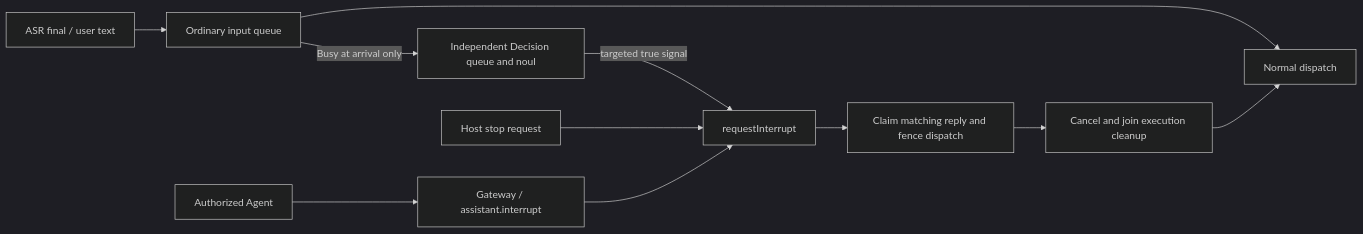
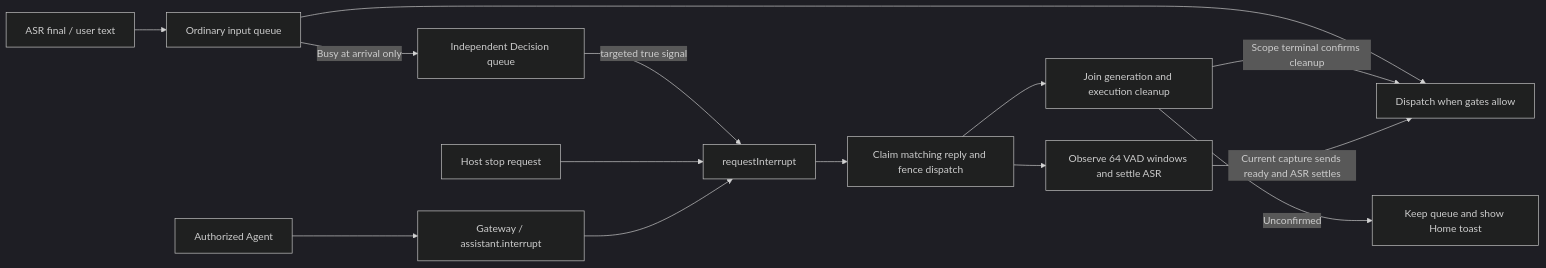
Before and after one commit to devilyouwei/MobileHarness: the third of 3 diagrams in MobileHarness/Agents/Assistant/README.md, drawn with Mermaid (dark theme). The commit also changed other lines of this file and 201 other files, not shown here.

````diff
--- a/MobileHarness/Agents/Assistant/README.md
+++ b/MobileHarness/Agents/Assistant/README.md
@@ -229,13 +229,16 @@
 ```mermaid
 flowchart LR
  Text[ASR final / user text] --> Queue[Ordinary input queue]
- Queue --> Dispatch[Normal dispatch]
- Queue -->|Busy at arrival only| Decision[Independent Decision queue and noul]
+ Queue --> Dispatch[Dispatch when gates allow]
+ Queue -->|Busy at arrival only| Decision[Independent Decision queue]
  Decision -->|targeted true signal| Entry[requestInterrupt]
  Host[Host stop request] --> Entry
  Peer[Authorized Agent] --> Gateway[Gateway / assistant.interrupt]
  Gateway --> Entry
  Entry --> Claim[Claim matching reply and fence dispatch]
- Claim --> Cleanup[Cancel and join execution cleanup]
- Cleanup --> Dispatch
+ Claim --> Cleanup[Join generation and execution cleanup]
+ Claim --> Observe[Observe 64 VAD windows and settle ASR]
+ Cleanup -->|Scope terminal confirms cleanup| Dispatch
+ Observe -->|Current capture sends ready and ASR settles| Dispatch
+ Cleanup -->|Unconfirmed| Hold[Keep queue and show Home toast]
 ```
````
